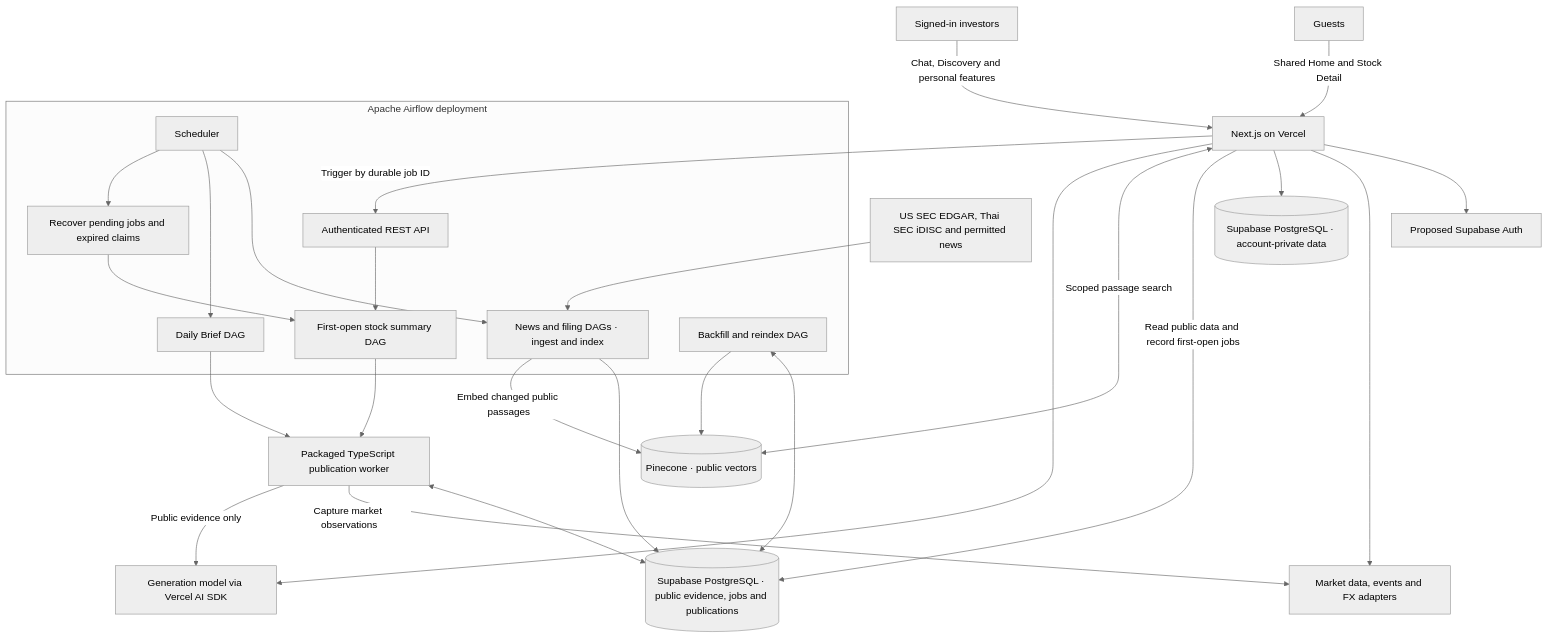
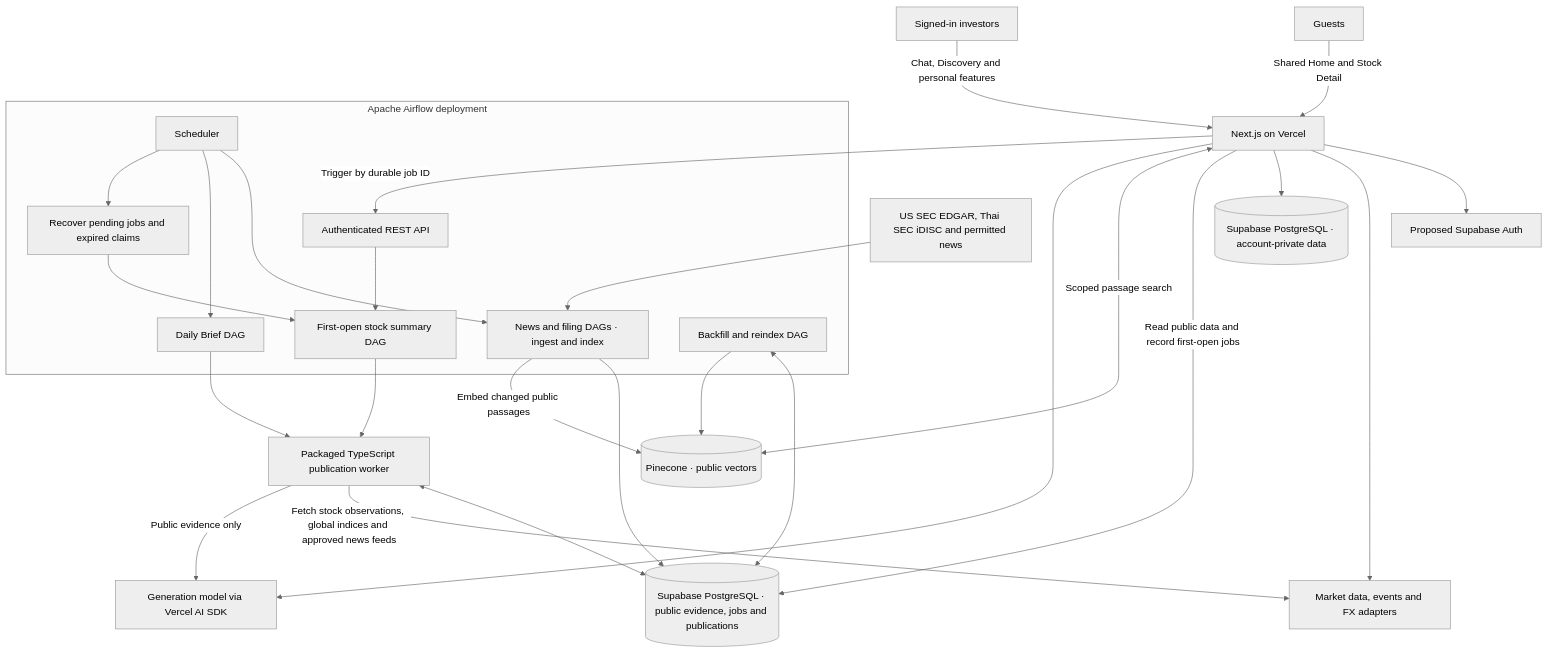
Before and after one commit to senella02/smart-financial-advisor: the diagram in docs/final/final-architecture.md, drawn with Mermaid (neutral theme). The commit also changed other lines of this file and 18 other files, not shown here.

````diff
--- a/docs/final/final-architecture.md
+++ b/docs/final/final-architecture.md
@@ -32,29 +34,29 @@
 ```mermaid
 flowchart TB
     Guests["Guests"] -->|Shared Home and Stock Detail| Web
     Investors["Signed-in investors"] -->|Chat, Discovery and personal features| Web
     Web["Next.js on Vercel"] --> Auth["Proposed Supabase Auth"]
     Web --> Market["Market data, events and FX adapters"]
     Web --> Accounts[("Supabase PostgreSQL · account-private data")]
     Web -->|Read public data and record first-open jobs| Shared[("Supabase PostgreSQL · public evidence, jobs and publications")]
     Web <-->|Scoped passage search| Index[("Pinecone · public vectors")]
     Web --> Model["Generation model via Vercel AI SDK"]
     subgraph Airflow["Apache Airflow deployment"]
         Schedule["Scheduler"] --> Ingest["News and filing DAGs · ingest and index"]
         Schedule --> Brief["Daily Brief DAG"]
         Schedule --> Recovery["Recover pending jobs and expired claims"]
         Recovery --> Summary["First-open stock summary DAG"]
         API["Authenticated REST API"] --> Summary
         Bulk["Backfill and reindex DAG"]
     end
     Sources["US SEC EDGAR, Thai SEC iDISC and permitted news"] --> Ingest
     Ingest --> Shared
     Ingest -->|Embed changed public passages| Index
     Bulk <--> Shared
     Bulk --> Index
     Web -->|Trigger by durable job ID| API
     Brief & Summary --> Worker["Packaged TypeScript publication worker"]
     Worker <--> Shared
-    Worker -->|Capture market observations| Market
+    Worker -->|Fetch stock observations, global indices and approved news feeds| Market
     Worker -->|Public evidence only| Model
 ```
````
